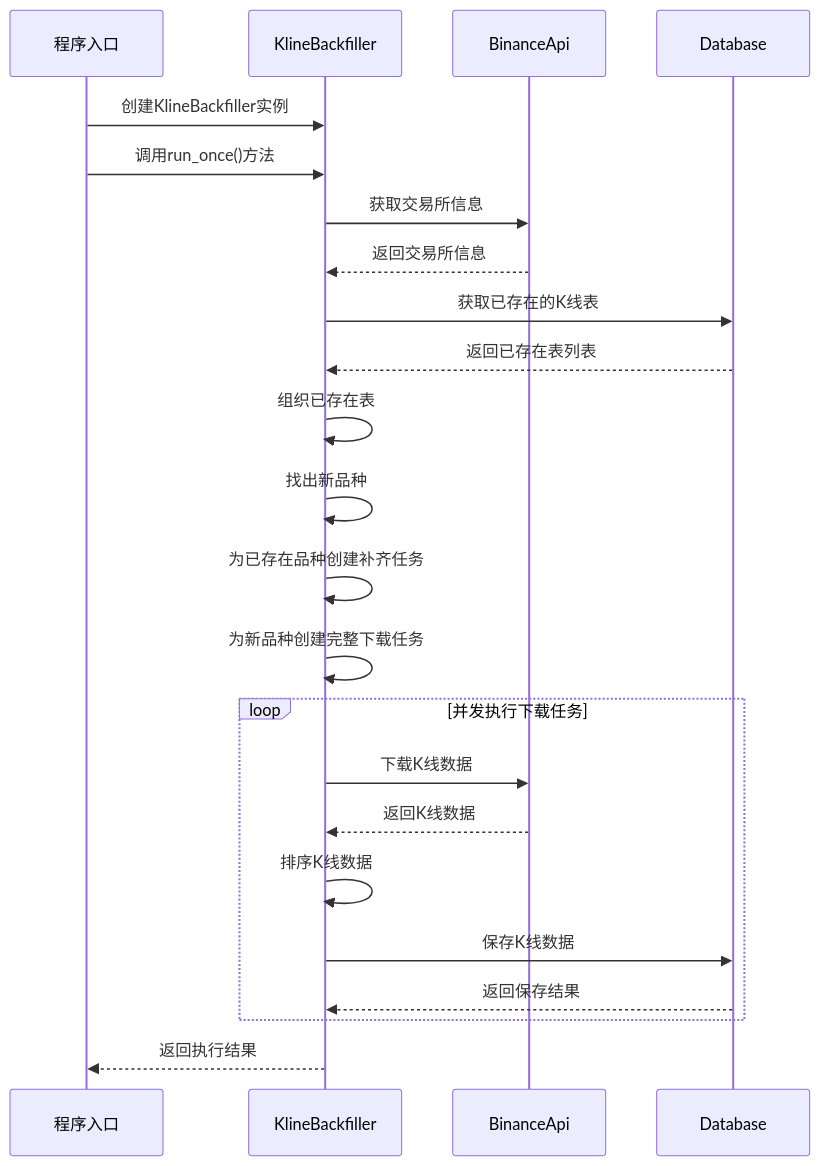
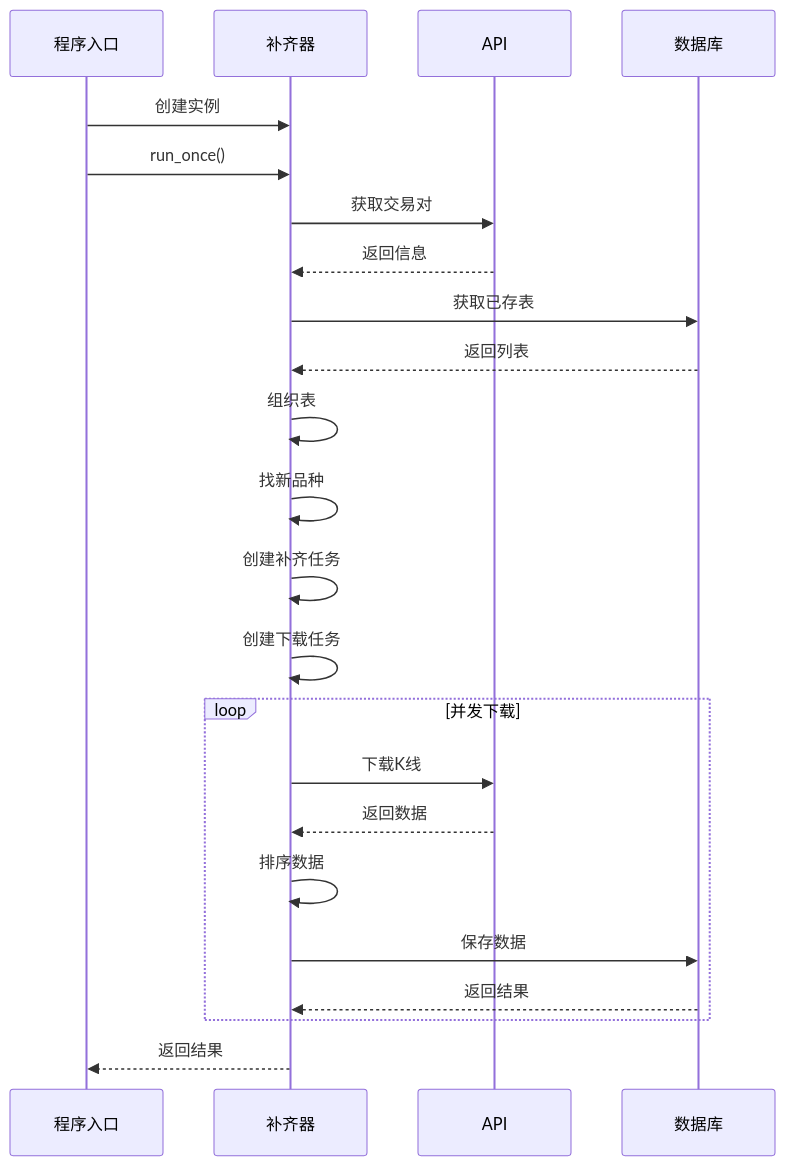
One commit to workkkfor2012/BinanceCryptoKline changed diagram 13 of 16 in docs/kline_data_download_flow.md. Above: the diagram before and after it, drawn with Mermaid. The commit also changed other lines of this file and 49 other files, not shown here.

````diff
--- a/docs/kline_data_download_flow.md
+++ b/docs/kline_data_download_flow.md
@@ -288,28 +279,28 @@
 ```mermaid
 sequenceDiagram
     participant A as 程序入口
-    participant B as KlineBackfiller
-    participant C as BinanceApi
-    participant D as Database
-    
-    A->>B: 创建KlineBackfiller实例
-    A->>B: 调用run_once()方法
-    B->>C: 获取交易所信息
-    C-->>B: 返回交易所信息
-    B->>D: 获取已存在的K线表
-    D-->>B: 返回已存在表列表
-    B->>B: 组织已存在表
-    B->>B: 找出新品种
-    B->>B: 为已存在品种创建补齐任务
-    B->>B: 为新品种创建完整下载任务
-    
-    loop 并发执行下载任务
-        B->>C: 下载K线数据
-        C-->>B: 返回K线数据
-        B->>B: 排序K线数据
-        B->>D: 保存K线数据
-        D-->>B: 返回保存结果
+    participant B as 补齐器
+    participant C as API
+    participant D as 数据库
+
+    A->>B: 创建实例
+    A->>B: run_once()
+    B->>C: 获取交易对
+    C-->>B: 返回信息
+    B->>D: 获取已存表
+    D-->>B: 返回列表
+    B->>B: 组织表
+    B->>B: 找新品种
+    B->>B: 创建补齐任务
+    B->>B: 创建下载任务
+
+    loop 并发下载
+        B->>C: 下载K线
+        C-->>B: 返回数据
+        B->>B: 排序数据
+        B->>D: 保存数据
+        D-->>B: 返回结果
     end
-    
-    B-->>A: 返回执行结果
+
+    B-->>A: 返回结果
 ```
````
